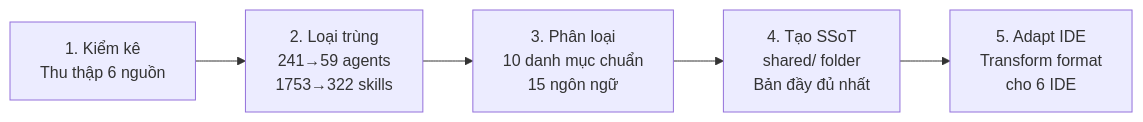
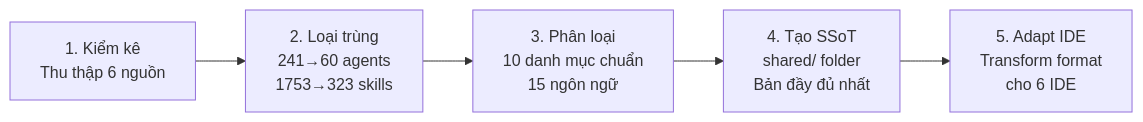
Before and after one commit to thai06052003/Tool-Kit-for-AI-Agent: the first of 2 diagrams in README.md, drawn with Mermaid. The commit also changed other lines of this file and 923 other files, not shown here.

First line of the commit message:
feat(v2.3): Unify toolkit integration, upgrade Mirror-Sync v1.2.1, and add Graph Memory (Mem0) support

````diff
--- a/README.md
+++ b/README.md
@@ -93,7 +95,7 @@
 ```mermaid
 graph LR
-    A[1. Kiểm kê<br/>Thu thập 6 nguồn] --> B[2. Loại trùng<br/>241→59 agents<br/>1753→322 skills]
+    A[1. Kiểm kê<br/>Thu thập 6 nguồn] --> B[2. Loại trùng<br/>241→60 agents<br/>1753→323 skills]
     B --> C[3. Phân loại<br/>10 danh mục chuẩn<br/>15 ngôn ngữ]
     C --> D[4. Tạo SSoT<br/>shared/ folder<br/>Bản đầy đủ nhất]
     D --> E[5. Adapt IDE<br/>Transform format<br/>cho 6 IDE]
 ```
````
